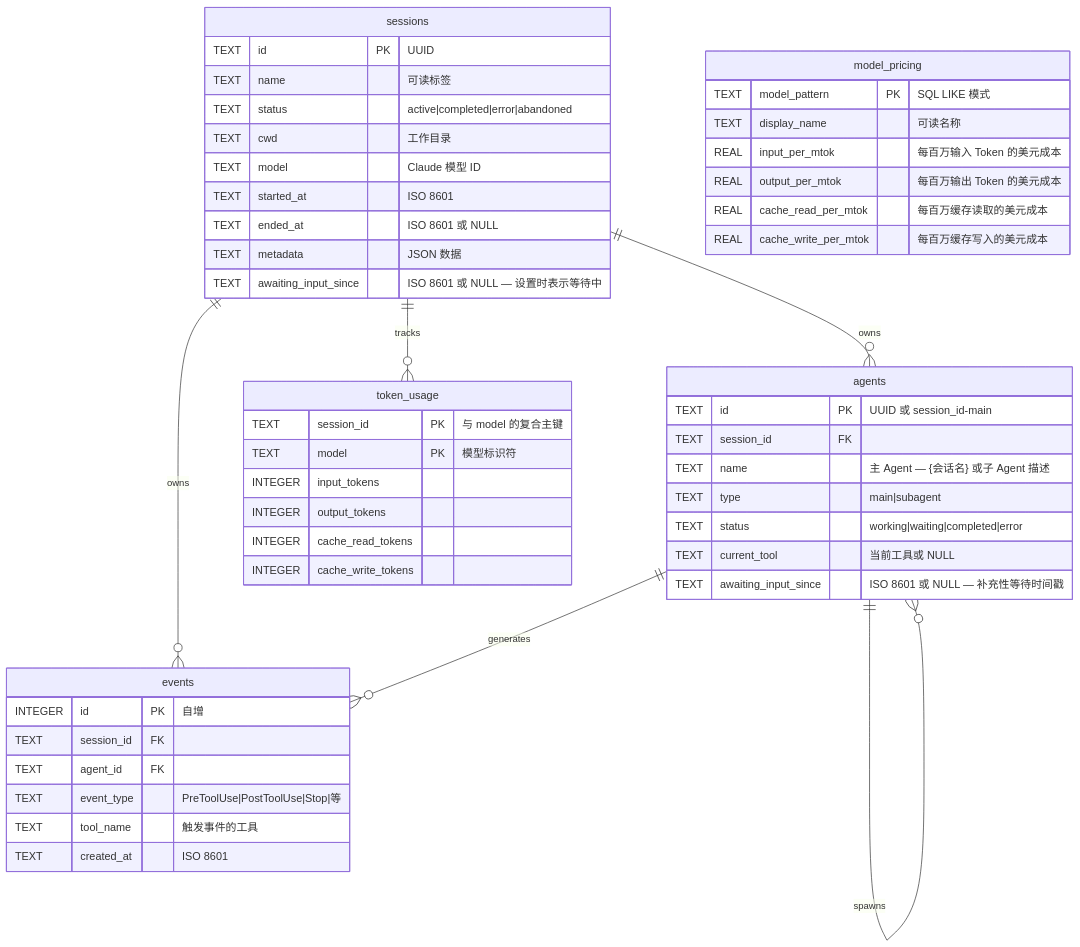
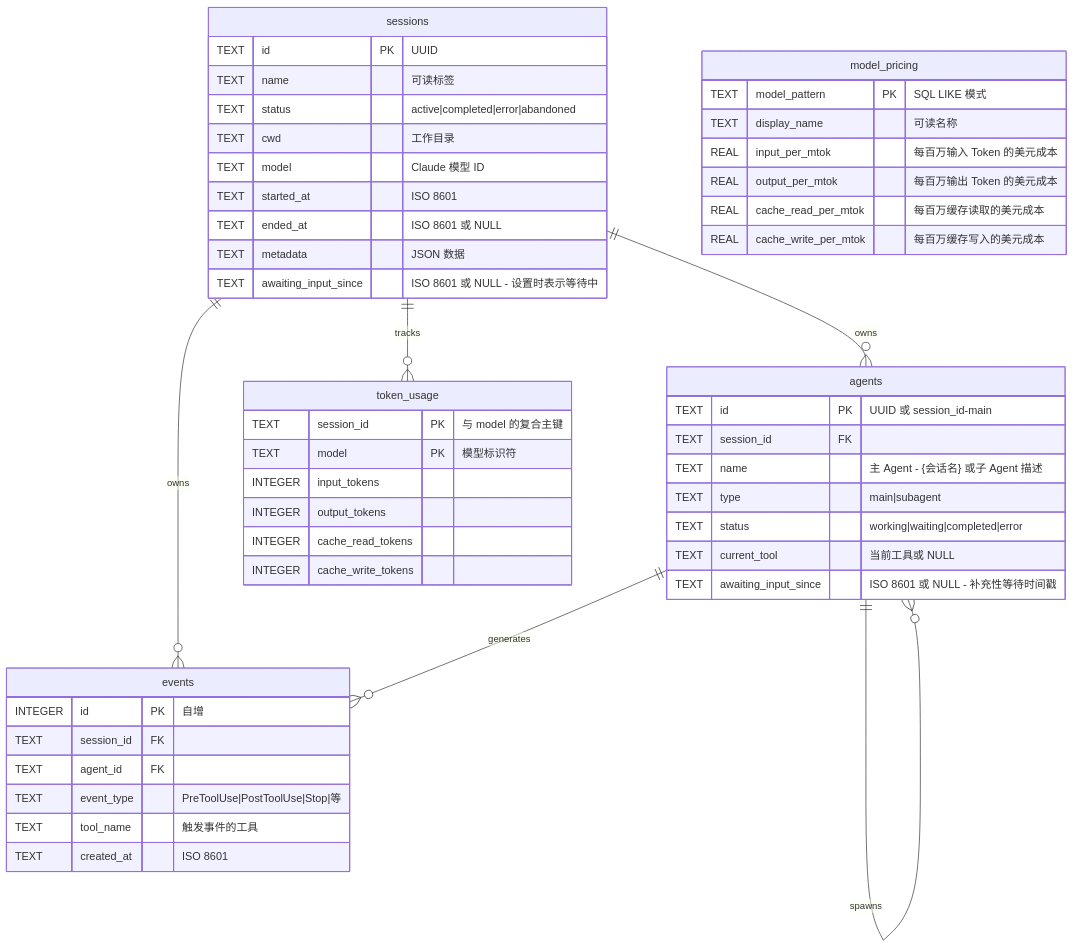
One commit to MrZarrar/Jarvis-Sub-Agent-Dashboard changed diagram 17 of 23 in README-CN.md. Above: the diagram before and after it, drawn with Mermaid. The commit also changed other lines of this file and 382 other files, not shown here.

````diff
--- a/README-CN.md
+++ b/README-CN.md
@@ -1527,57 +1527,57 @@
 ```mermaid
 erDiagram
     sessions ||--o{ agents : owns
     sessions ||--o{ events : owns
     sessions ||--o{ token_usage : tracks
     agents ||--o{ events : generates
     agents ||--o{ agents : spawns
 
     sessions {
         TEXT id PK "UUID"
         TEXT name "可读标签"
         TEXT status "active|completed|error|abandoned"
         TEXT cwd "工作目录"
         TEXT model "Claude 模型 ID"
         TEXT started_at "ISO 8601"
         TEXT ended_at "ISO 8601 或 NULL"
         TEXT metadata "JSON 数据"
-        TEXT awaiting_input_since "ISO 8601 或 NULL — 设置时表示等待中"
+        TEXT awaiting_input_since "ISO 8601 或 NULL - 设置时表示等待中"
     }
 
     agents {
         TEXT id PK "UUID 或 session_id-main"
         TEXT session_id FK
-        TEXT name "主 Agent — {会话名} 或子 Agent 描述"
+        TEXT name "主 Agent - {会话名} 或子 Agent 描述"
         TEXT type "main|subagent"
         TEXT status "working|waiting|completed|error"
         TEXT current_tool "当前工具或 NULL"
-        TEXT awaiting_input_since "ISO 8601 或 NULL — 补充性等待时间戳"
+        TEXT awaiting_input_since "ISO 8601 或 NULL - 补充性等待时间戳"
     }
 
     events {
         INTEGER id PK "自增"
         TEXT session_id FK
         TEXT agent_id FK
         TEXT event_type "PreToolUse|PostToolUse|Stop|等"
         TEXT tool_name "触发事件的工具"
         TEXT created_at "ISO 8601"
     }
 
     token_usage {
         TEXT session_id PK "与 model 的复合主键"
         TEXT model PK "模型标识符"
         INTEGER input_tokens
         INTEGER output_tokens
         INTEGER cache_read_tokens
         INTEGER cache_write_tokens
     }
 
     model_pricing {
         TEXT model_pattern PK "SQL LIKE 模式"
         TEXT display_name "可读名称"
         REAL input_per_mtok "每百万输入 Token 的美元成本"
         REAL output_per_mtok "每百万输出 Token 的美元成本"
         REAL cache_read_per_mtok "每百万缓存读取的美元成本"
         REAL cache_write_per_mtok "每百万缓存写入的美元成本"
     }
 ```
````
